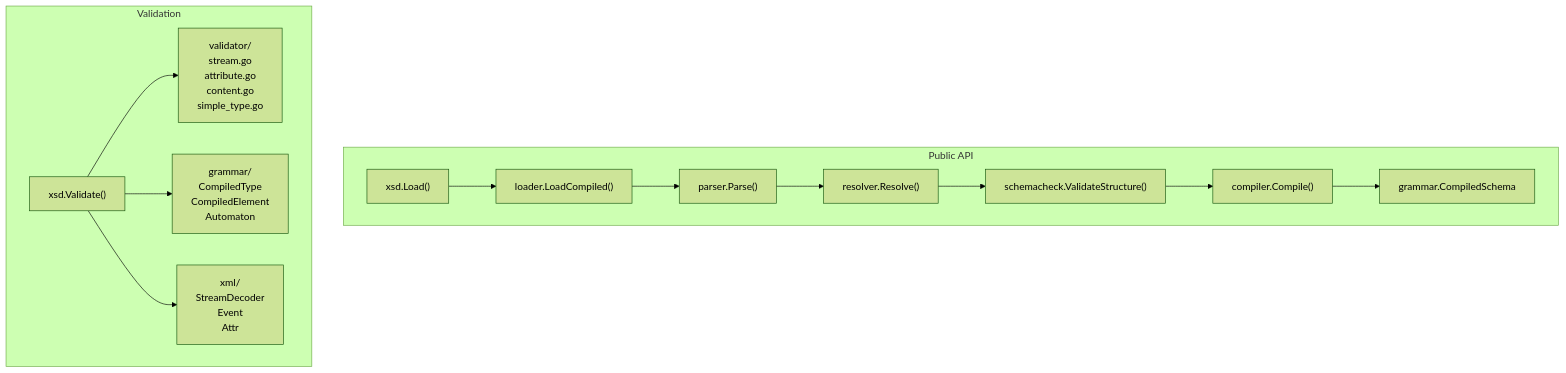
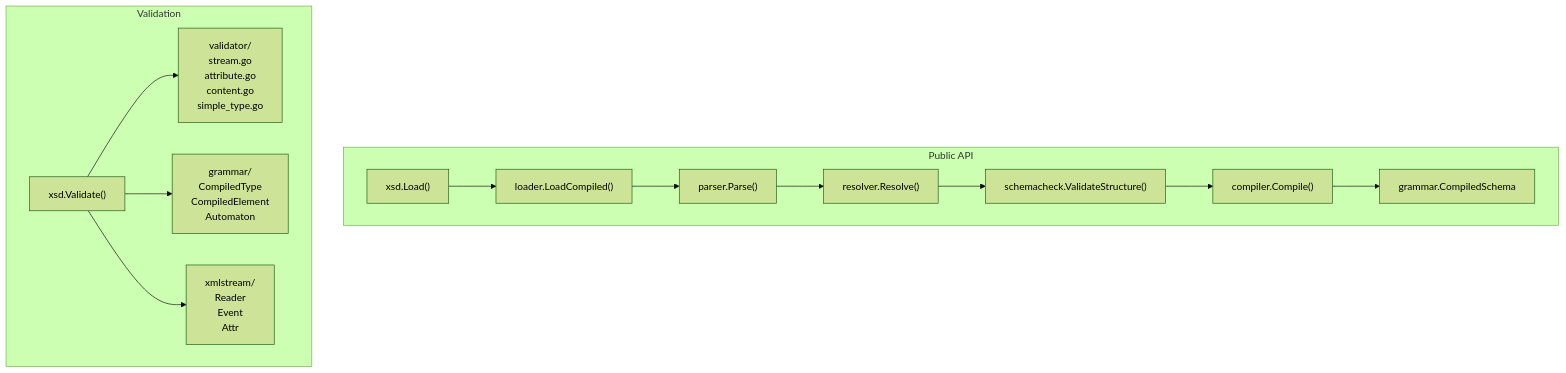
The second of 6 diagrams in docs/architecture.md (jacoelho/xsd), drawn with Mermaid (forest theme) before and after one commit. The commit also changed other lines of this file and 15 other files, not shown here.

First line of the commit message:
refactor(xml): replace internal stream decoder with xmlstream

````diff
--- a/docs/architecture.md
+++ b/docs/architecture.md
@@ -45,11 +45,11 @@
 ```mermaid
 flowchart TD
   subgraph PublicAPI["Public API"]
     Load["xsd.Load()"] --> LoadCompiled["loader.LoadCompiled()"] --> Parse["parser.Parse()"] --> Resolve["resolver.Resolve()"] --> SchemaCheck["schemacheck.ValidateStructure()"] --> Compile["compiler.Compile()"] --> Compiled["grammar.CompiledSchema"]
   end
   subgraph Validation
     Validate["xsd.Validate()"] --> ValidatorPkg["validator/<br/>stream.go<br/>attribute.go<br/>content.go<br/>simple_type.go"]
     Validate --> GrammarPkg["grammar/<br/>CompiledType<br/>CompiledElement<br/>Automaton"]
-    Validate --> XMLPkg["xml/<br/>StreamDecoder<br/>Event<br/>Attr"]
+    Validate --> XMLPkg["xmlstream/<br/>Reader<br/>Event<br/>Attr"]
   end
 ```
````
